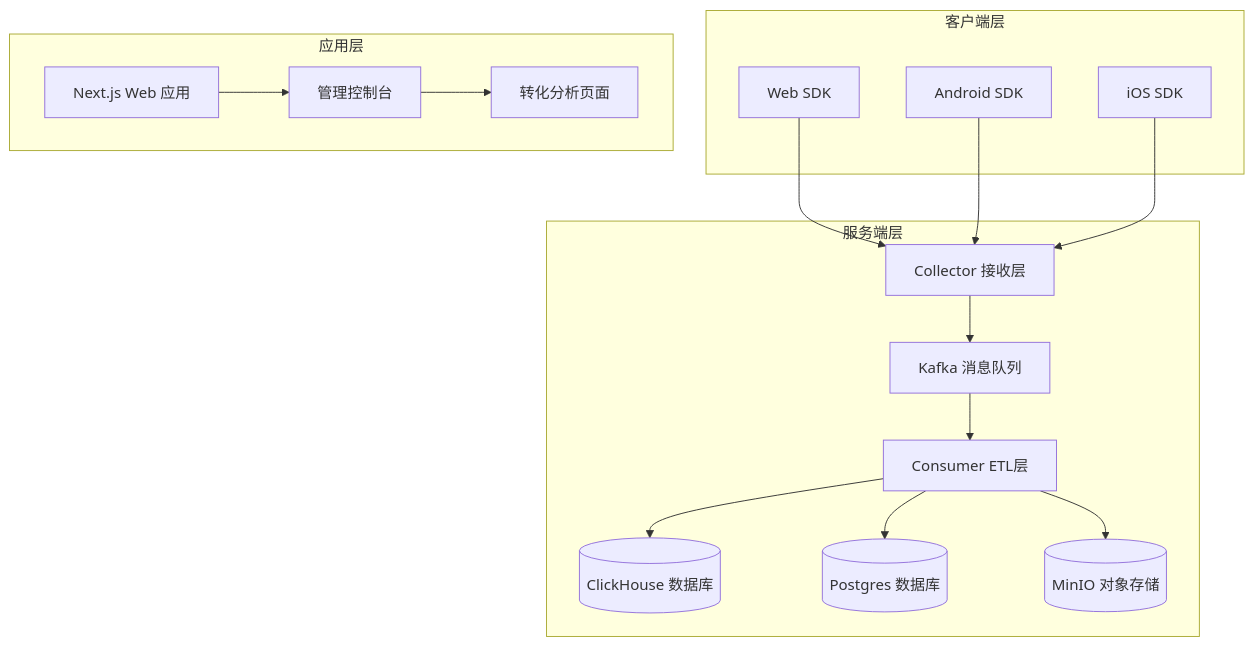
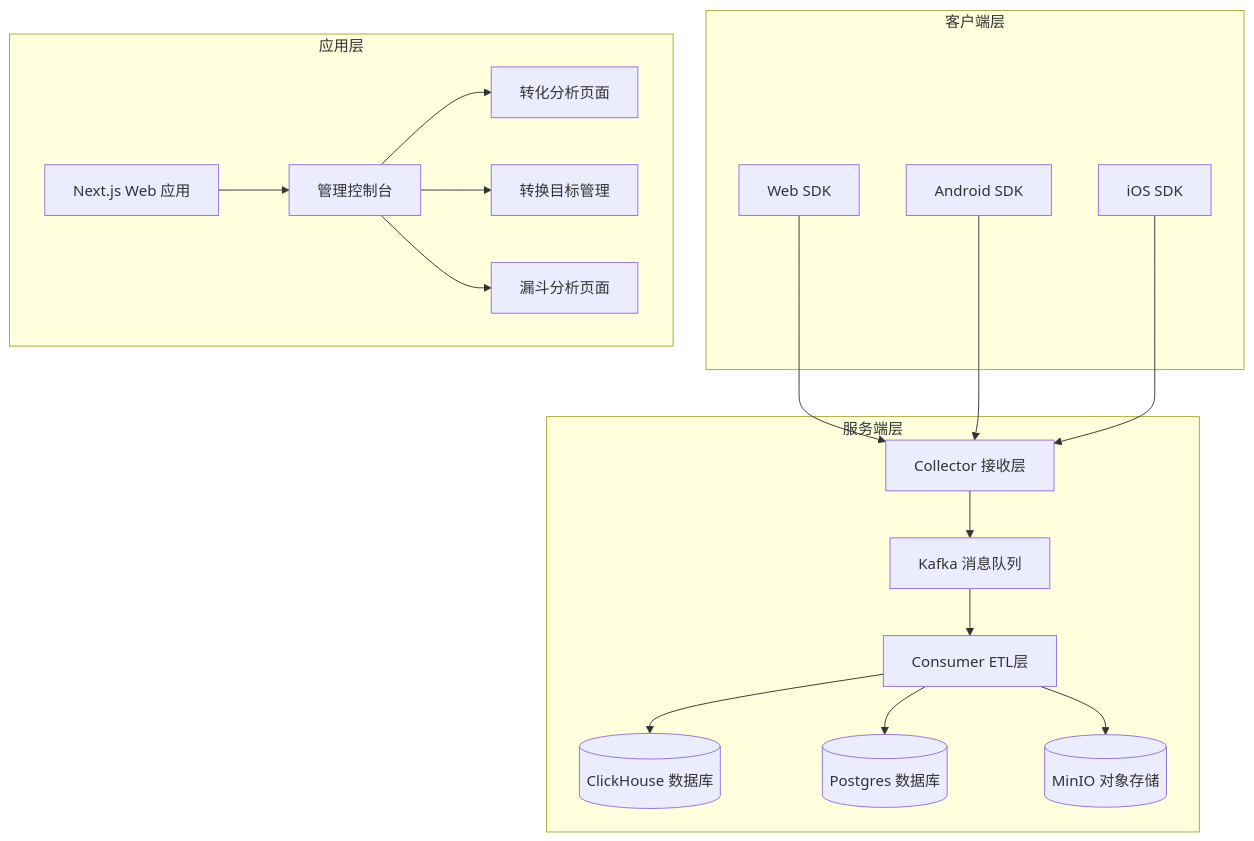
Before and after one commit to zhen-zhong/AeroLog: the first of 8 diagrams in .qoder/repowiki/zh/content/Web控制台/转化分析功能.md, drawn with Mermaid. The commit also changed other lines of this file and 97 other files, not shown here.

````diff
--- a/.qoder/repowiki/zh/content/Web控制台/转化分析功能.md
+++ b/.qoder/repowiki/zh/content/Web控制台/转化分析功能.md
@@ -42,31 +56,35 @@
 ```mermaid
 graph TB
 subgraph "客户端层"
 SDK_WEB[Web SDK]
 SDK_ANDROID[Android SDK]
 SDK_IOS[iOS SDK]
 end
 subgraph "服务端层"
 COLLECTOR[Collector 接收层]
 KAFKA[Kafka 消息队列]
 CONSUMER[Consumer ETL层]
 CLICKHOUSE[(ClickHouse 数据库)]
 POSTGRES[(Postgres 数据库)]
 MINIO[(MinIO 对象存储)]
 end
 subgraph "应用层"
 WEB_APP[Next.js Web 应用]
 ADMIN_CONSOLE[管理控制台]
 ANALYTICS_PAGE[转化分析页面]
+CONVERSION_GOALS[转换目标管理]
+FUNNEL_ANALYSIS[漏斗分析页面]
 end
 SDK_WEB --> COLLECTOR
 SDK_ANDROID --> COLLECTOR
 SDK_IOS --> COLLECTOR
 COLLECTOR --> KAFKA
 KAFKA --> CONSUMER
 CONSUMER --> CLICKHOUSE
 CONSUMER --> POSTGRES
 CONSUMER --> MINIO
 WEB_APP --> ADMIN_CONSOLE
 ADMIN_CONSOLE --> ANALYTICS_PAGE
+ADMIN_CONSOLE --> CONVERSION_GOALS
+ADMIN_CONSOLE --> FUNNEL_ANALYSIS
 ```
````
